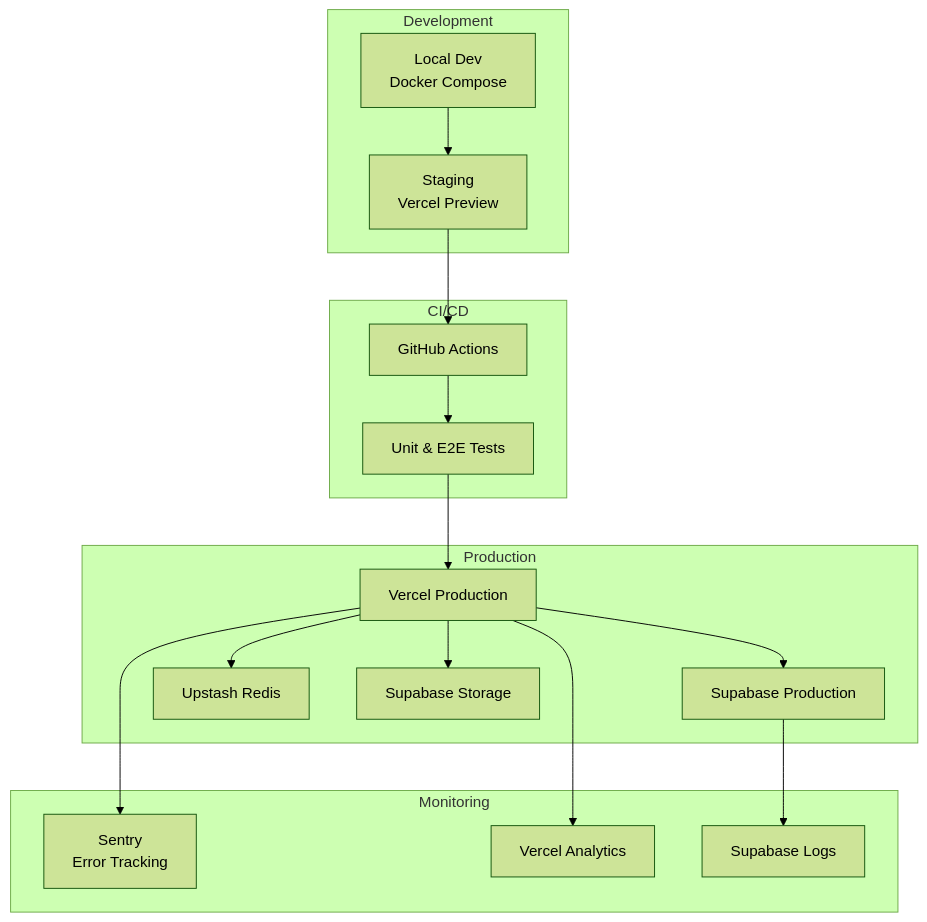
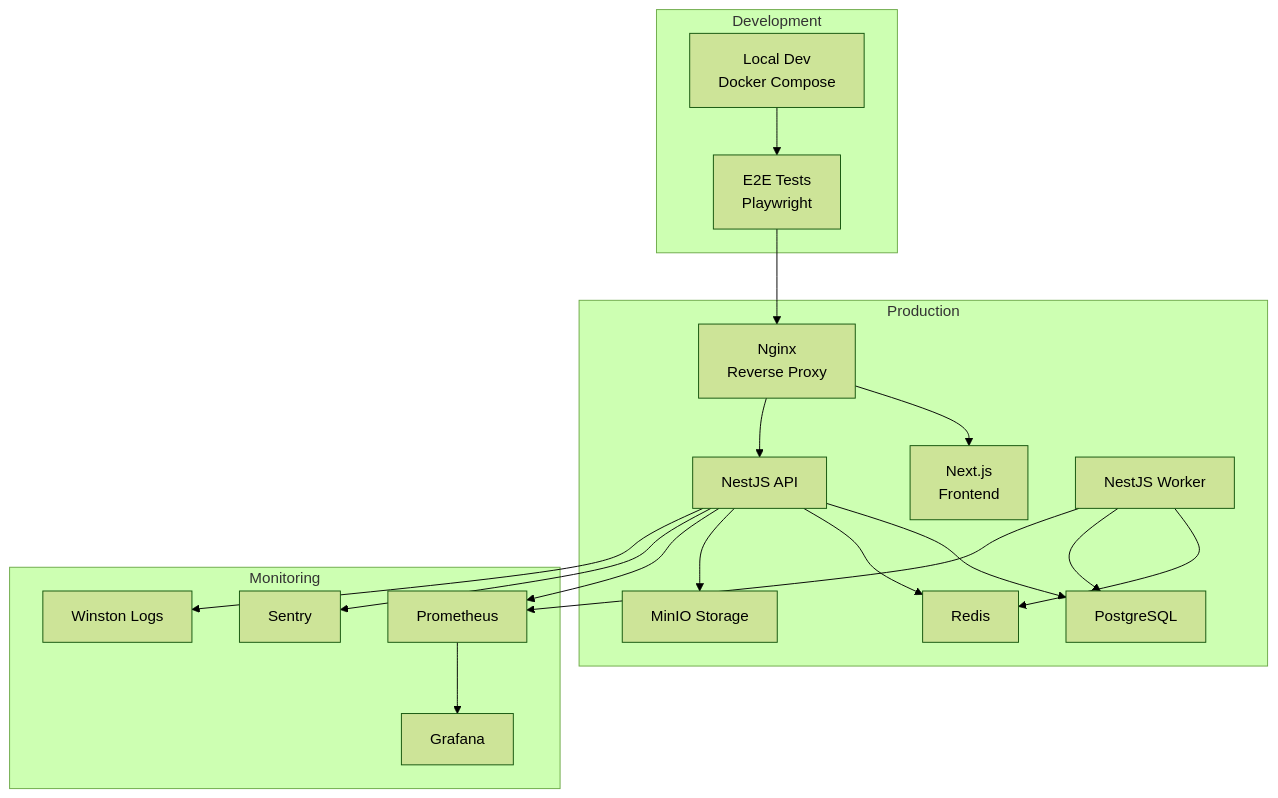
Before and after one commit to willianbvsanches13/social-selling: the tenth of 10 diagrams in tasks/social-selling/OVERVIEW.md, drawn with Mermaid (forest theme). The commit also changed other lines of this file and 4 other files, not shown here.

````diff
--- a/tasks/social-selling/OVERVIEW.md
+++ b/tasks/social-selling/OVERVIEW.md
@@ -838,38 +807,43 @@
 ```mermaid
 graph TB
     subgraph "Development"
         DEV[Local Dev<br/>Docker Compose]
-        STAGING[Staging<br/>Vercel Preview]
+        TESTS[E2E Tests<br/>Playwright]
     end
 
     subgraph "Production"
-        PROD[Vercel Production]
-        DB[Supabase Production]
-        REDIS[Upstash Redis]
-        STORAGE[Supabase Storage]
+        NGINX[Nginx<br/>Reverse Proxy]
+        FRONTEND[Next.js<br/>Frontend]
+        API[NestJS API]
+        WORKER[NestJS Worker]
+        DB[PostgreSQL]
+        REDIS[Redis]
+        MINIO[MinIO Storage]
     end
 
     subgraph "Monitoring"
-        SENTRY[Sentry<br/>Error Tracking]
-        ANALYTICS[Vercel Analytics]
-        LOGS[Supabase Logs]
+        PROMETHEUS[Prometheus]
+        GRAFANA[Grafana]
+        SENTRY[Sentry]
+        WINSTON[Winston Logs]
     end
 
-    subgraph "CI/CD"
-        GH[GitHub Actions]
-        TESTS[Unit & E2E Tests]
-    end
+    DEV --> TESTS
+    TESTS --> NGINX
 
-    DEV --> STAGING
-    STAGING --> GH
-    GH --> TESTS
-    TESTS --> PROD
+    NGINX --> FRONTEND
+    NGINX --> API
 
-    PROD --> DB
-    PROD --> REDIS
-    PROD --> STORAGE
+    API --> DB
+    API --> REDIS
+    API --> MINIO
 
-    PROD --> SENTRY
-    PROD --> ANALYTICS
-    DB --> LOGS
+    WORKER --> REDIS
+    WORKER --> DB
+
+    API --> PROMETHEUS
+    WORKER --> PROMETHEUS
+    PROMETHEUS --> GRAFANA
+    API --> SENTRY
+    API --> WINSTON
 ```
````
